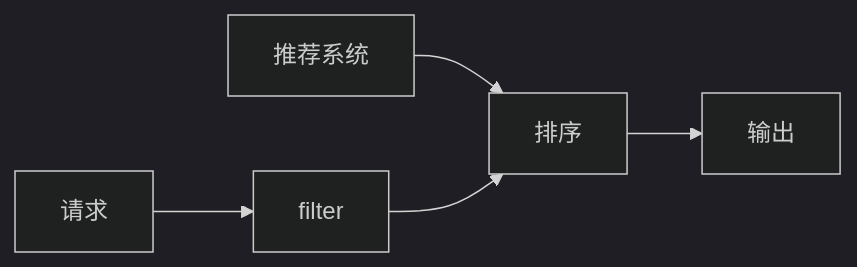
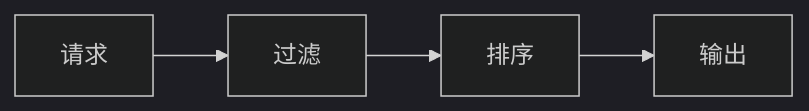
Before and after one commit to TouhouCloudMusic/thcdb: the second of 3 diagrams in server/docs/architecture/data_management/design.md, drawn with Mermaid (dark theme). The commit also changed other lines of this file and 10 other files, not shown here.

````diff
--- a/server/docs/architecture/data_management/design.md
+++ b/server/docs/architecture/data_management/design.md
@@ -35,10 +35,8 @@
 ```mermaid
 graph LR
     search[请求]
     sort_program[排序]
-    recommend[推荐系统]
-    filter[filter]
+    filter[过滤]
     output[输出]
-    recommend --> sort_program
     search --> filter --> sort_program --> output;
 ```
````
